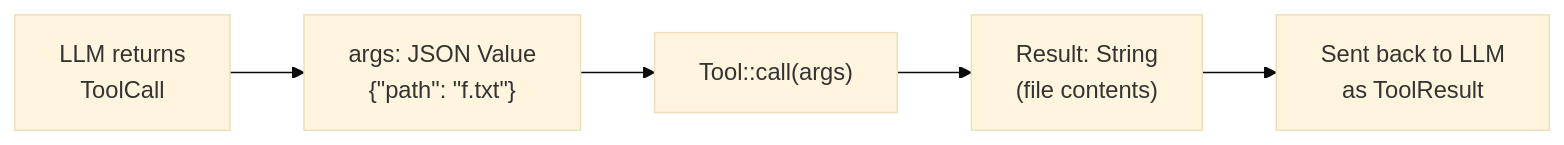
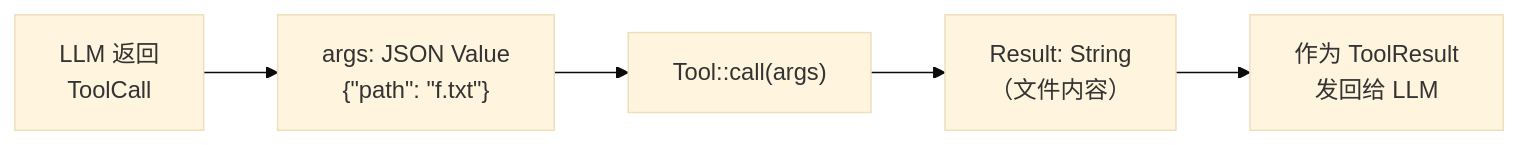
Before and after one commit to odysa/mini-code: the diagram in mini-claw-code-book/zh/ch02-first-tool.md, drawn with Mermaid (base theme). The commit also changed other lines of this file and 16 other files, not shown here.

````diff
--- a/mini-claw-code-book/zh/ch02-first-tool.md
+++ b/mini-claw-code-book/zh/ch02-first-tool.md
@@ -80,7 +74,7 @@
 ```mermaid
 flowchart LR
-    A["LLM returns<br/>ToolCall"] --> B["args: JSON Value<br/>{&quot;path&quot;: &quot;f.txt&quot;}"]
+    A["LLM 返回<br/>ToolCall"] --> B["args: JSON Value<br/>{&quot;path&quot;: &quot;f.txt&quot;}"]
     B --> C["Tool::call(args)"]
-    C --> D["Result: String<br/>(file contents)"]
-    D --> E["Sent back to LLM<br/>as ToolResult"]
+    C --> D["Result: String<br/>（文件内容）"]
+    D --> E["作为 ToolResult<br/>发回给 LLM"]
 ```
````
